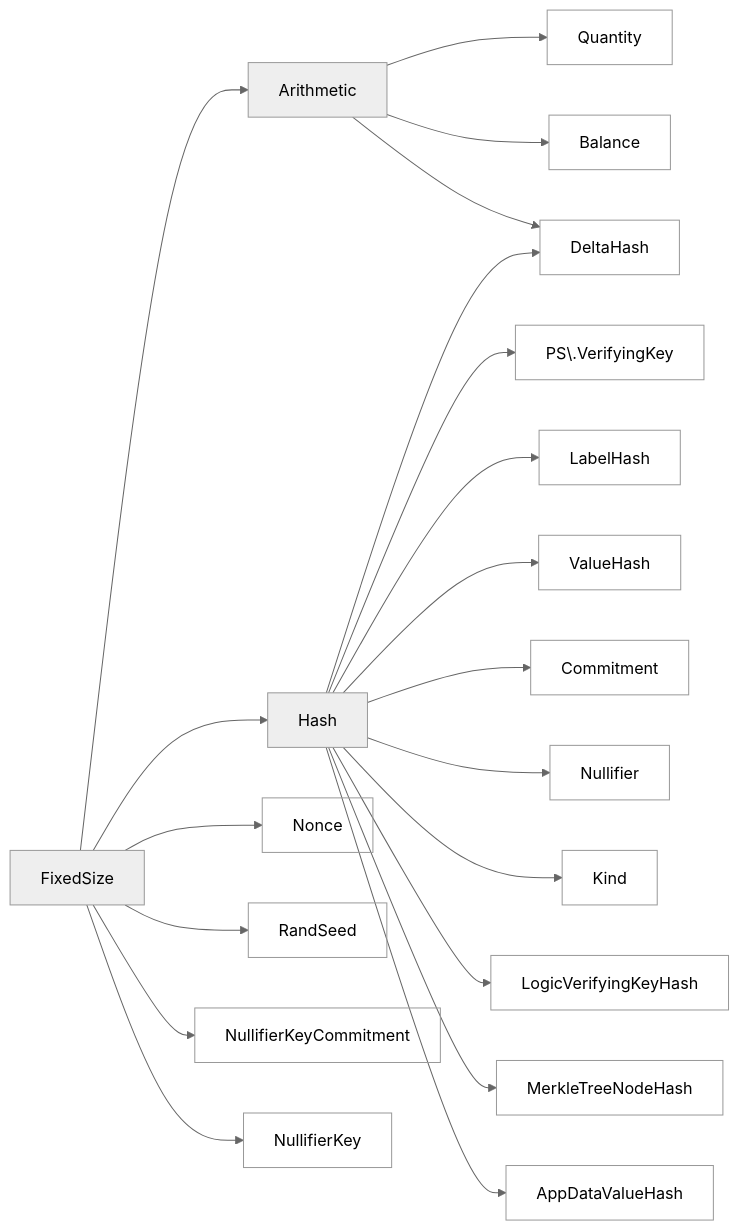
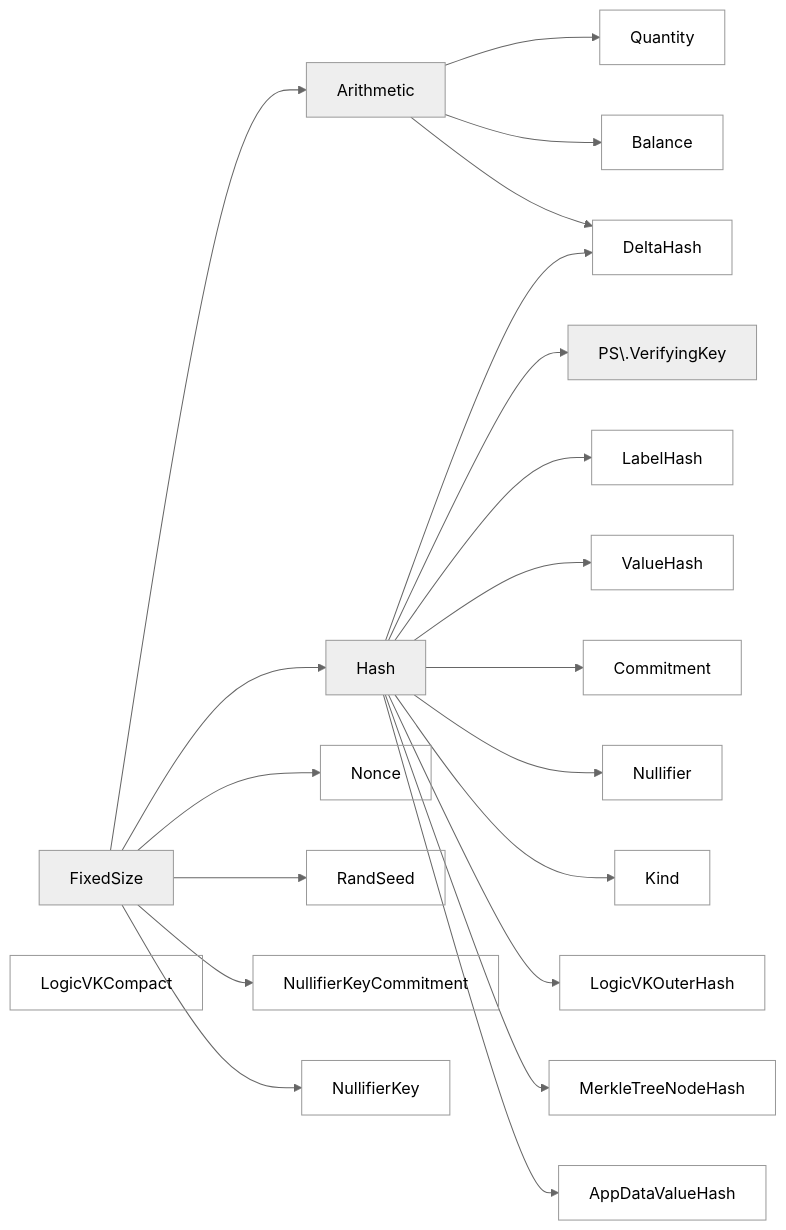
The second of 2 diagrams in docs/arch/system/state/resource_machine/primitive_interfaces/index.juvix.md (anoma/nspec), drawn with Mermaid (neutral theme) before and after one commit. The commit also changed 6 other files, not shown here.

````diff
--- a/docs/arch/system/state/resource_machine/primitive_interfaces/index.juvix.md
+++ b/docs/arch/system/state/resource_machine/primitive_interfaces/index.juvix.md
@@ -52,53 +52,53 @@
 ```mermaid
 flowchart LR
 
     FixedSize --> Arithmetic
     FixedSize --> Hash
 
 
     FixedSize --> Nonce
     FixedSize --> RandSeed
     FixedSize --> NullifierKeyCommitment
     FixedSize --> NullifierKey
 
     style Nonce fill:transparent
     style RandSeed fill:transparent
     style NullifierKey fill:transparent
     style NullifierKeyCommitment fill:transparent
 
 
     Arithmetic --> Quantity
     Arithmetic --> Balance
 
     Arithmetic --> DeltaHash
 
     style Quantity fill:transparent
     style Balance fill:transparent
     style DeltaHash fill:transparent
 
 
     Hash --> PS\.VerifyingKey
     Hash --> LabelHash
     Hash --> ValueHash
     Hash --> DeltaHash
 
     Hash --> Commitment
     Hash --> Nullifier
     Hash --> Kind
-    Hash --> LogicVerifyingKeyHash
+    Hash --> LogicVKOuterHash
     Hash --> MerkleTreeNodeHash
 
-    style PS\.VerifyingKey fill:transparent
+    style LogicVKCompact fill:transparent
     style LabelHash fill:transparent
     style ValueHash fill:transparent
     style DeltaHash fill:transparent
     style Commitment fill:transparent
     style Nullifier fill:transparent
     style Kind fill:transparent
-    style LogicVerifyingKeyHash fill:transparent
+    style LogicVKOuterHash fill:transparent
     style MerkleTreeNodeHash fill:transparent
 
 
     Hash --> AppDataValueHash
     style AppDataValueHash fill:transparent
 ```
````
